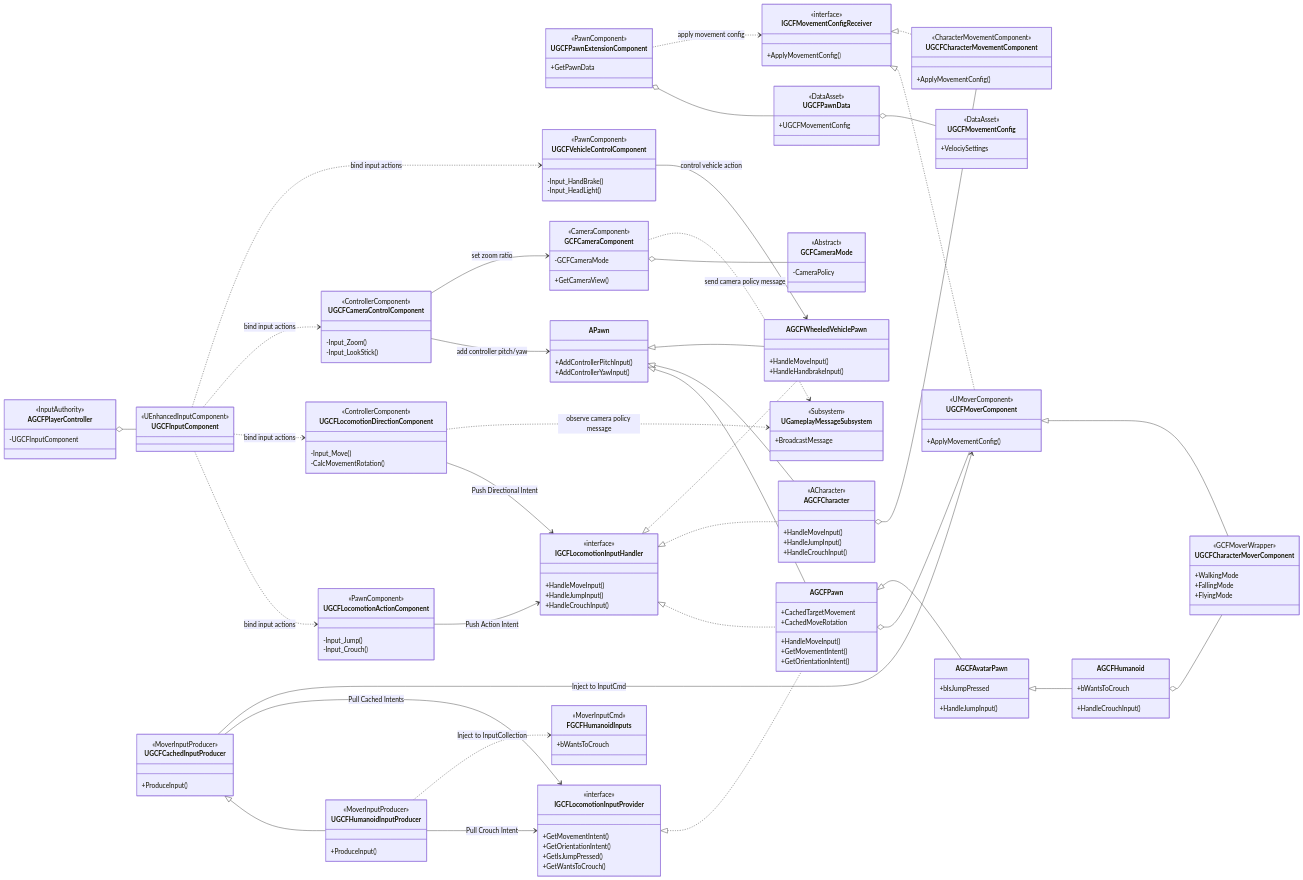
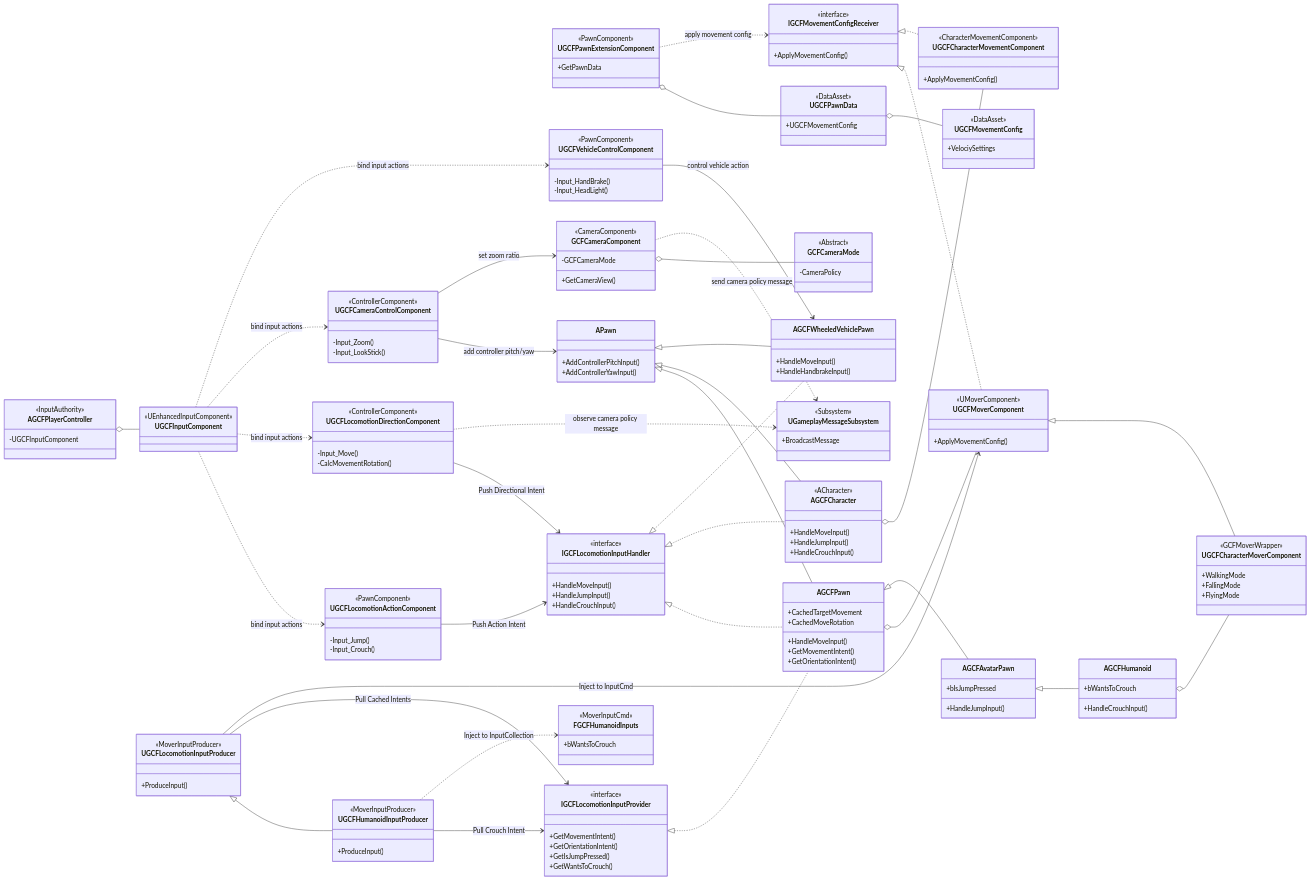
Before and after one commit to munimaru62o/GameCoreFramework: the diagram in Document/Assets/Diagrams/control_system.mmd, drawn with Mermaid.

Commit message:
[docs] rename CachedInputProducer to LocomotionInputProducer in mermaid diagram

```diff
--- a/Document/Assets/Diagrams/control_system.mmd
+++ b/Document/Assets/Diagrams/control_system.mmd
@@ -103,7 +103,7 @@
     }
 
     %% シミュレーション & 物理ドメイン (Mover)
-    class UGCFCachedInputProducer {
+    class UGCFLocomotionInputProducer {
         <<MoverInputProducer>>
         +ProduceInput()
     }
@@ -165,7 +165,7 @@
     APawn <|-- AGCFWheeledVehiclePawn
 
     UGCFMoverComponent <|-- UGCFCharacterMoverComponent
-    UGCFCachedInputProducer <|-- UGCFHumanoidInputProducer
+    UGCFLocomotionInputProducer <|-- UGCFHumanoidInputProducer
 
     %% インターフェースの実装 (親クラスのみに集約)
     IGCFMovementConfigReceiver <|.. UGCFMoverComponent
@@ -180,10 +180,10 @@
     UGCFLocomotionDirectionComponent --> IGCFLocomotionInputHandler : Push Directional Intent
     UGCFLocomotionActionComponent --> IGCFLocomotionInputHandler : Push Action Intent
     
-    UGCFCachedInputProducer --> IGCFLocomotionInputProvider : Pull Cached Intents
+    UGCFLocomotionInputProducer --> IGCFLocomotionInputProvider : Pull Cached Intents
     UGCFHumanoidInputProducer --> IGCFLocomotionInputProvider : Pull Crouch Intent
     
-    UGCFCachedInputProducer --> UGCFMoverComponent : Inject to InputCmd
+    UGCFLocomotionInputProducer --> UGCFMoverComponent : Inject to InputCmd
     UGCFHumanoidInputProducer ..> FGCFHumanoidInputs : Inject to InputCollection
 
     %% その他の制御フロー
```
